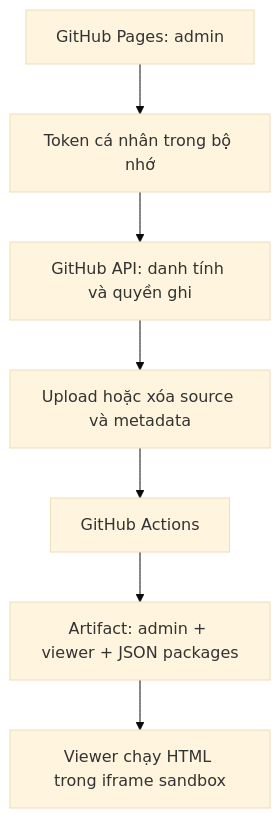
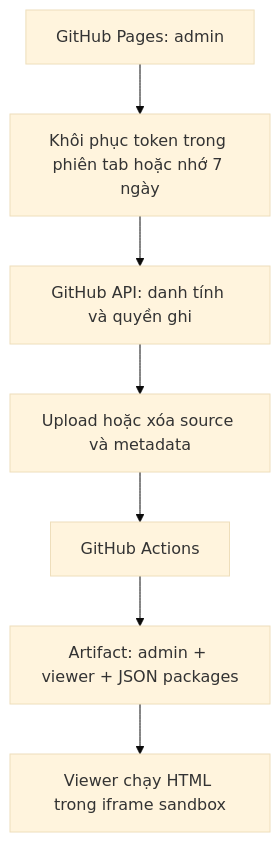
The diagram in README.md (Kintinz/showcase), drawn with Mermaid (base theme) before and after one commit. The commit also changed other lines of this file and 7 other files, not shown here.

Commit message:
feat: remember GitHub connection across page reloads

````diff
--- a/README.md
+++ b/README.md
@@ -44,9 +48,9 @@
 ```mermaid
 flowchart TD
-    A[GitHub Pages: admin] --> B[Token cá nhân trong bộ nhớ]
+    A[GitHub Pages: admin] --> B[Khôi phục token trong phiên tab hoặc nhớ 7 ngày]
     B --> C[GitHub API: danh tính và quyền ghi]
     C --> D[Upload hoặc xóa source và metadata]
     D --> E[GitHub Actions]
     E --> F[Artifact: admin + viewer + JSON packages]
     F --> G[Viewer chạy HTML trong iframe sandbox]
 ```
````
